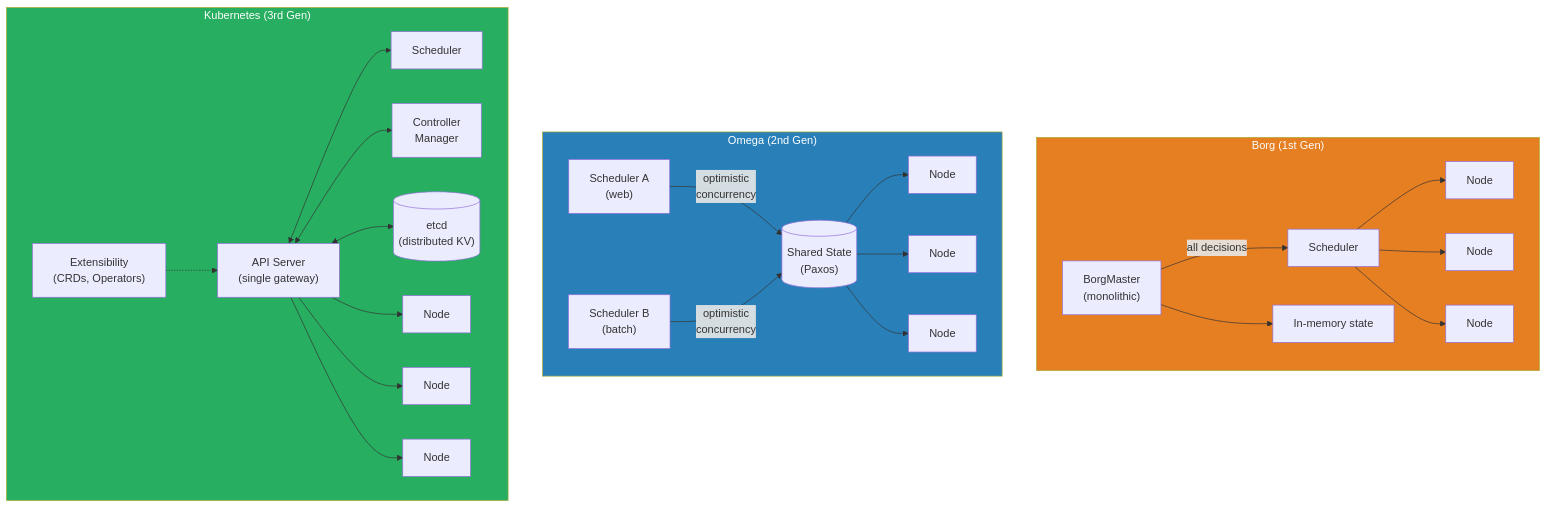
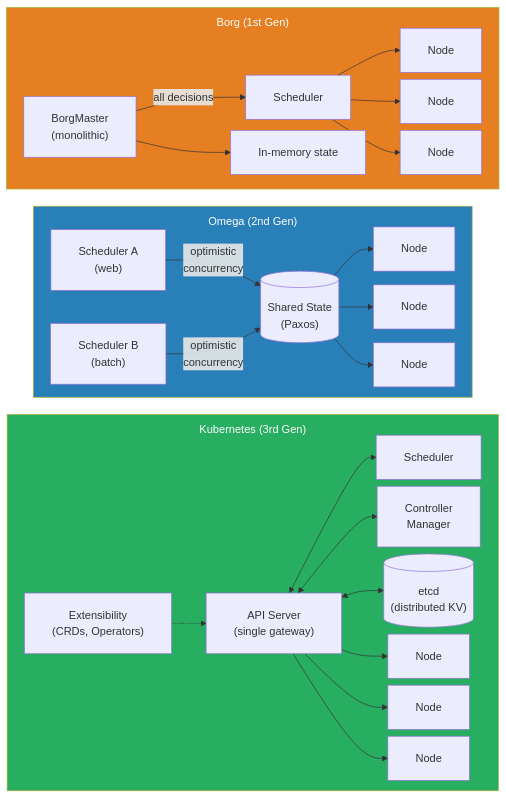
One commit to Alnour/kube_book changed the third of 3 diagrams in Chapter_4_Expanded.md. Above: the diagram before and after it, drawn with Mermaid. The commit also changed other lines of this file and 7 other files, not shown here.

First line of the commit message:
Fix Mermaid diagram sizing, layout, and label rendering

````diff
--- a/Chapter_4_Expanded.md
+++ b/Chapter_4_Expanded.md
@@ -92,34 +94,37 @@
 ```mermaid
+%%{init: {'flowchart': {'nodeSpacing': 10, 'rankSpacing': 25, 'padding': 20, 'subGraphTitleMargin': {'top': 10, 'bottom': 5}}}}%%
 graph TB
     subgraph Borg["Borg (1st Gen)"]
-        BM["BorgMaster\n(monolithic)"]
+        BM["BorgMaster<br/>(monolithic)"]
         BM -->|all decisions| BS1["Scheduler"]
         BM --> BState["In-memory state"]
         BS1 --> BN1["Node"] & BN2["Node"] & BN3["Node"]
     end
 
     subgraph Omega["Omega (2nd Gen)"]
-        OS1["Scheduler A\n(web)"]
-        OS2["Scheduler B\n(batch)"]
-        OState[("Shared State\n(Paxos)")]
+        OS1["Scheduler A<br/>(web)"]
+        OS2["Scheduler B<br/>(batch)"]
+        OState[("Shared State<br/>(Paxos)")]
         OS1 -->|optimistic\nconcurrency| OState
         OS2 -->|optimistic\nconcurrency| OState
         OState --> ON1["Node"] & ON2["Node"] & ON3["Node"]
     end
 
     subgraph K8s["Kubernetes (3rd Gen)"]
-        API["API Server\n(single gateway)"]
+        API["API Server<br/>(single gateway)"]
         KSched["Scheduler"]
-        KCM["Controller\nManager"]
-        ETCD[("etcd\n(distributed KV)")]
+        KCM["Controller<br/>Manager"]
+        ETCD[("etcd<br/>(distributed KV)")]
         API <--> KSched
         API <--> KCM
         API <--> ETCD
         API --> KN1["Node"] & KN2["Node"] & KN3["Node"]
-        EXT["Extensibility\n(CRDs, Operators)"] -.-> API
+        EXT["Extensibility<br/>(CRDs, Operators)"] -.-> API
     end
+
+    Borg ~~~ Omega ~~~ K8s
 
     style Borg fill:#e67e22,color:#fff
     style Omega fill:#2980b9,color:#fff
     style K8s fill:#27ae60,color:#fff
 ```
````
